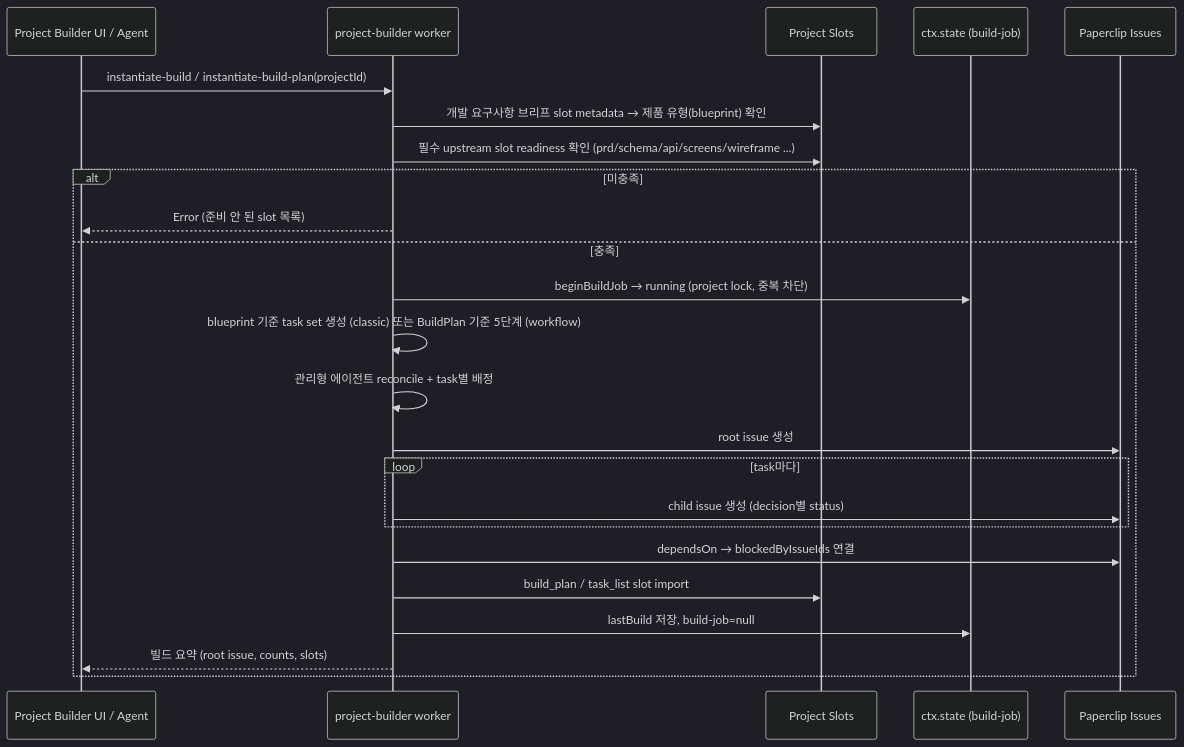
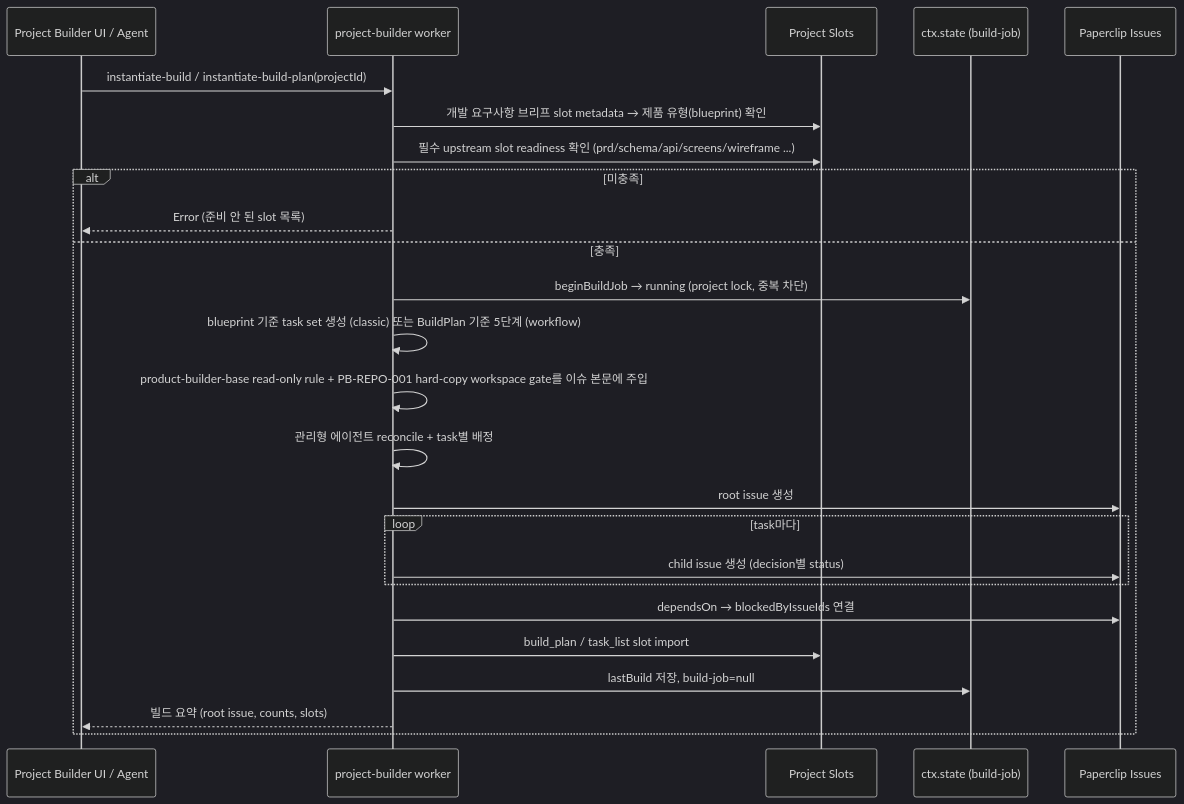
Before and after one commit to BBrightcode-atlas/company-os-v2: the eighth of 8 diagrams in bbr-plugins/builder/README.md, drawn with Mermaid (dark theme). The commit also changed other lines of this file and 4 other files, not shown here.

Commit message:
Guard Product Builder base template workspace

````diff
--- a/bbr-plugins/builder/README.md
+++ b/bbr-plugins/builder/README.md
@@ -282,27 +282,28 @@
 ```mermaid
 sequenceDiagram
   participant UI as Project Builder UI / Agent
   participant W as project-builder worker
   participant SL as Project Slots
   participant ST as ctx.state (build-job)
   participant IS as Paperclip Issues
 
   UI->>W: instantiate-build / instantiate-build-plan(projectId)
   W->>SL: 개발 요구사항 브리프 slot metadata → 제품 유형(blueprint) 확인
   W->>SL: 필수 upstream slot readiness 확인 (prd/schema/api/screens/wireframe ...)
   alt 미충족
     W-->>UI: Error (준비 안 된 slot 목록)
   else 충족
     W->>ST: beginBuildJob → running (project lock, 중복 차단)
     W->>W: blueprint 기준 task set 생성 (classic) 또는 BuildPlan 기준 5단계 (workflow)
+    W->>W: product-builder-base read-only rule + PB-REPO-001 hard-copy workspace gate를 이슈 본문에 주입
     W->>W: 관리형 에이전트 reconcile + task별 배정
     W->>IS: root issue 생성
     loop task마다
       W->>IS: child issue 생성 (decision별 status)
     end
     W->>IS: dependsOn → blockedByIssueIds 연결
     W->>SL: build_plan / task_list slot import
     W->>ST: lastBuild 저장, build-job=null
     W-->>UI: 빌드 요약 (root issue, counts, slots)
   end
 ```
````
